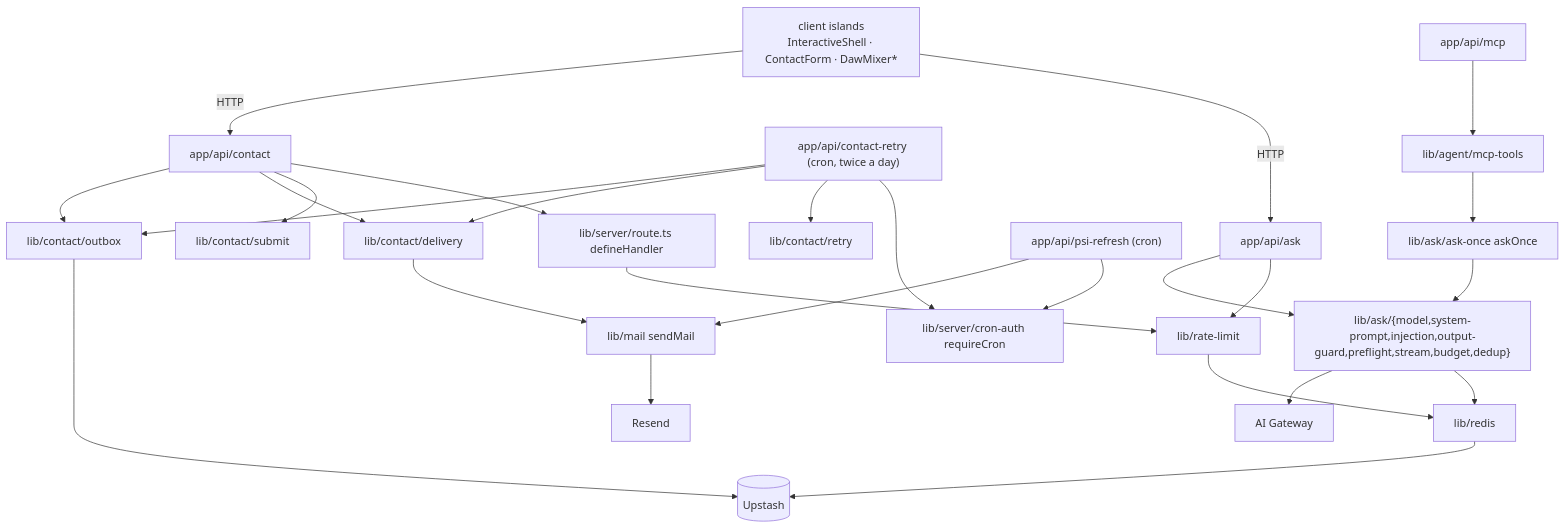
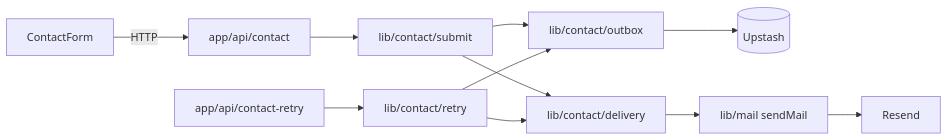
Before and after one commit to erikunha/portfolio: the fourth of 5 diagrams in docs/01-architecture.md, drawn with Mermaid. The commit also changed other lines of this file, not shown here.

First line of the commit message:
docs(architecture): split the architecture diagrams into small single-flow views

````diff
--- a/docs/01-architecture.md
+++ b/docs/01-architecture.md
@@ -147,28 +101,10 @@
 ```mermaid
-flowchart TD
-    island["client islands<br/>InteractiveShell · ContactForm · DawMixer*"] -->|HTTP| apiask["app/api/ask"]
-    island -->|HTTP| apicontact["app/api/contact"]
-    apicontact --> defh["lib/server/route.ts defineHandler"]
-    apicontact --> submit["lib/contact/submit"]
-    apicontact --> delivery["lib/contact/delivery"]
-    apicontact --> outbox["lib/contact/outbox"]
-    retry["app/api/contact-retry (cron, twice a day)"] --> cron["lib/server/cron-auth requireCron"]
-    retry --> retrymod["lib/contact/retry"]
+flowchart LR
+    form["ContactForm"] -->|HTTP| contact["app/api/contact"] --> submit["lib/contact/submit"]
+    cronretry["app/api/contact-retry"] --> retry["lib/contact/retry"]
+    submit --> outbox["lib/contact/outbox"] --> redis[("Upstash")]
+    retry --> outbox
+    submit --> delivery["lib/contact/delivery"]
     retry --> delivery
-    retry --> outbox
-    outbox --> redis
-    delivery --> mail["lib/mail sendMail"]
-    psirefresh["app/api/psi-refresh (cron)"] --> cron
-    psirefresh --> mail
-    mail --> resend["Resend"]
-    mcp["app/api/mcp"] --> mcptools["lib/agent/mcp-tools"]
-    mcptools --> askonce["lib/ask/ask-once askOnce"]
-    askonce --> askmod
-    apiask --> rl["lib/rate-limit"]
-    apiask --> askmod["lib/ask/{model,system-prompt,injection,output-guard,preflight,stream,budget,dedup}"]
-    defh --> rl
-    rl --> rds["lib/redis"]
-    askmod --> rds
-    rds --> redis[("Upstash")]
-    askmod --> gw["AI Gateway"]
+    delivery --> mail["lib/mail sendMail"] --> resend["Resend"]
 ```
````
